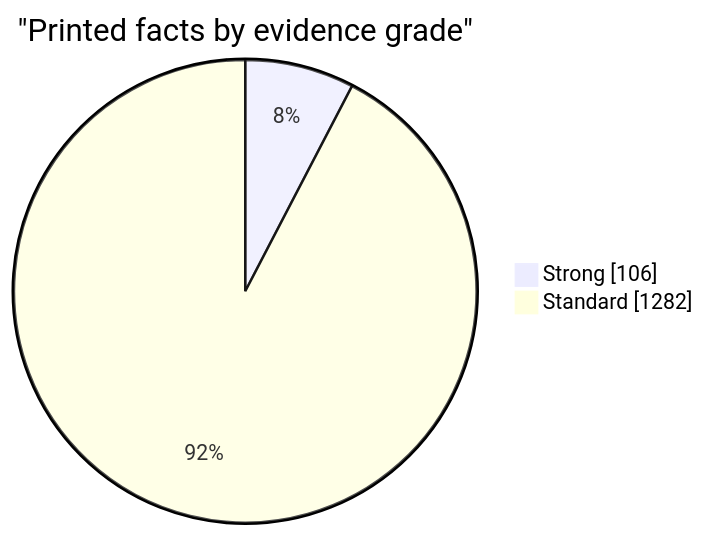
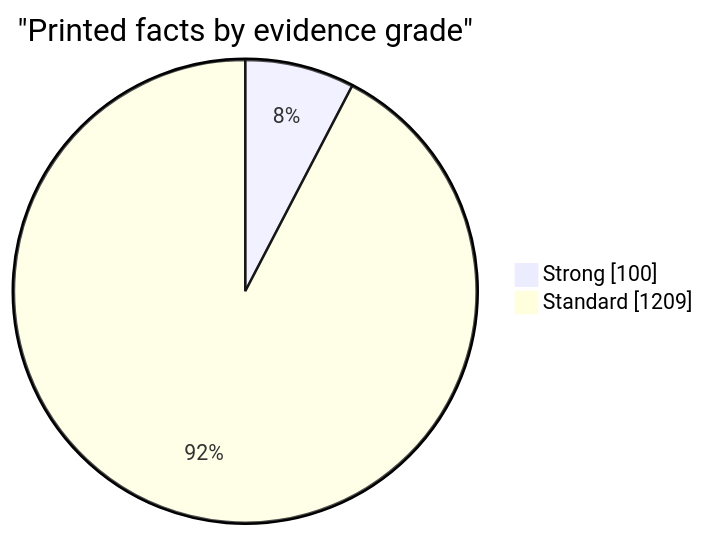
The first of 5 diagrams in docs/evidence.md (EU27-data-sovereignty/eu27-data-sovereignty), drawn with Mermaid before and after one commit. The commit also changed other lines of this file and 124 other files, not shown here.

````diff
--- a/docs/evidence.md
+++ b/docs/evidence.md
@@ -18,6 +18,6 @@
 ```mermaid
 pie showData
   title "Printed facts by evidence grade"
-  "Strong" : 106
-  "Standard" : 1282
+  "Strong" : 100
+  "Standard" : 1209
 ```
````
